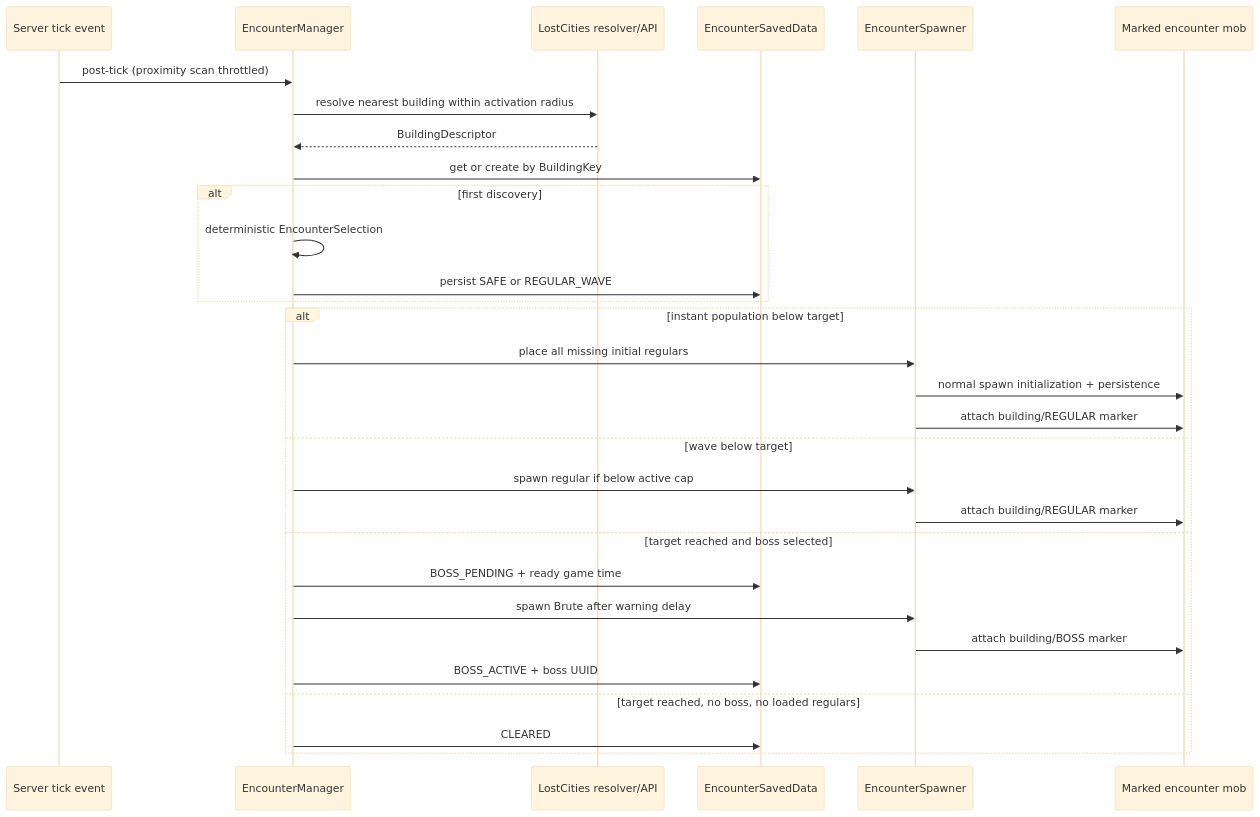
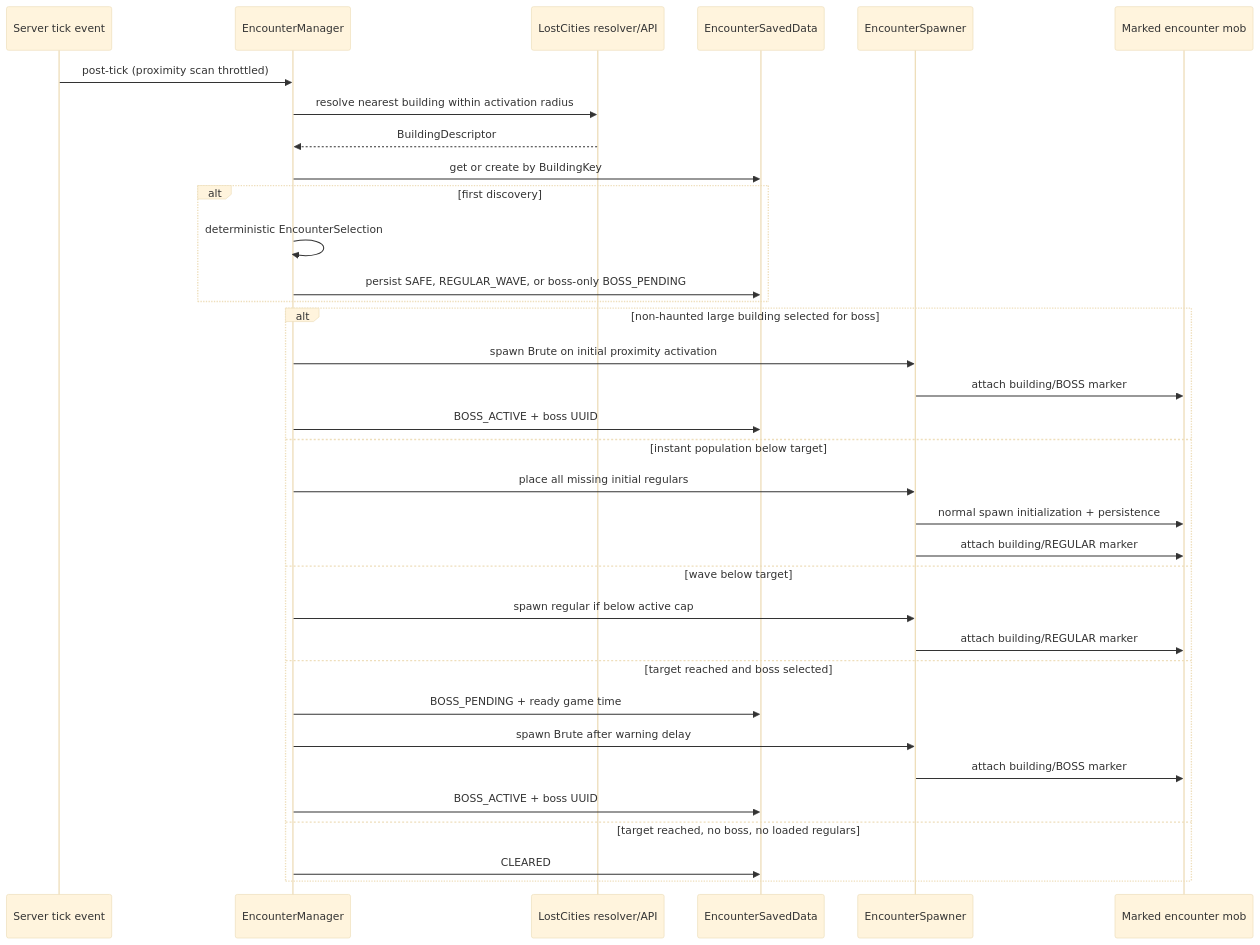
One commit to gev414/biohazard changed the second of 4 diagrams in docs/architecture.md. Above: the diagram before and after it, drawn with Mermaid (base theme). The commit also changed other lines of this file and 29 other files, not shown here.

````diff
--- a/docs/architecture.md
+++ b/docs/architecture.md
@@ -242,33 +242,37 @@
 ```mermaid
 sequenceDiagram
     participant Tick as Server tick event
     participant EM as EncounterManager
     participant LC as LostCities resolver/API
     participant SD as EncounterSavedData
     participant SP as EncounterSpawner
     participant Mob as Marked encounter mob
 
     Tick->>EM: post-tick (proximity scan throttled)
     EM->>LC: resolve nearest building within activation radius
     LC-->>EM: BuildingDescriptor
     EM->>SD: get or create by BuildingKey
     alt first discovery
         EM->>EM: deterministic EncounterSelection
-        EM->>SD: persist SAFE or REGULAR_WAVE
+        EM->>SD: persist SAFE, REGULAR_WAVE, or boss-only BOSS_PENDING
     end
-    alt instant population below target
+    alt non-haunted large building selected for boss
+        EM->>SP: spawn Brute on initial proximity activation
+        SP->>Mob: attach building/BOSS marker
+        EM->>SD: BOSS_ACTIVE + boss UUID
+    else instant population below target
         EM->>SP: place all missing initial regulars
         SP->>Mob: normal spawn initialization + persistence
         SP->>Mob: attach building/REGULAR marker
     else wave below target
         EM->>SP: spawn regular if below active cap
         SP->>Mob: attach building/REGULAR marker
     else target reached and boss selected
         EM->>SD: BOSS_PENDING + ready game time
         EM->>SP: spawn Brute after warning delay
         SP->>Mob: attach building/BOSS marker
         EM->>SD: BOSS_ACTIVE + boss UUID
     else target reached, no boss, no loaded regulars
         EM->>SD: CLEARED
     end
 ```
````
